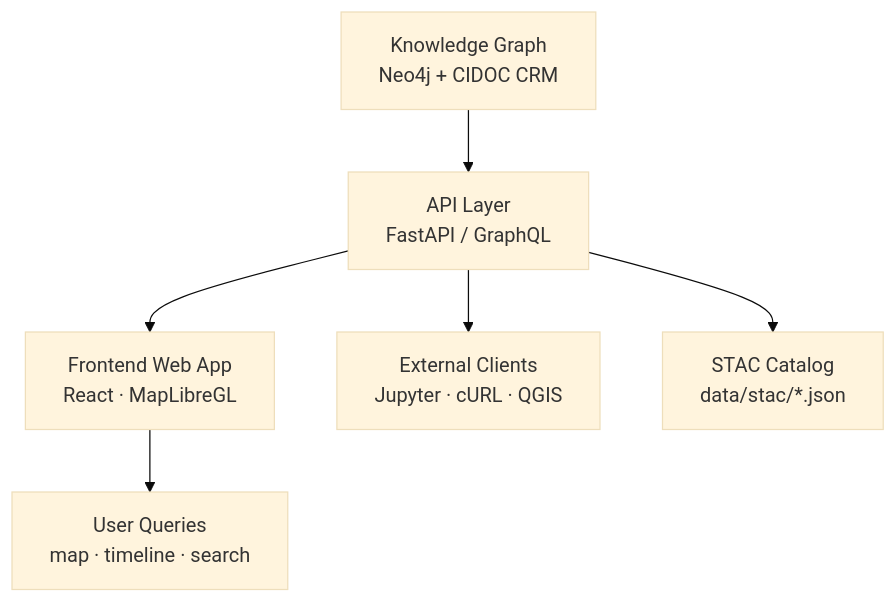
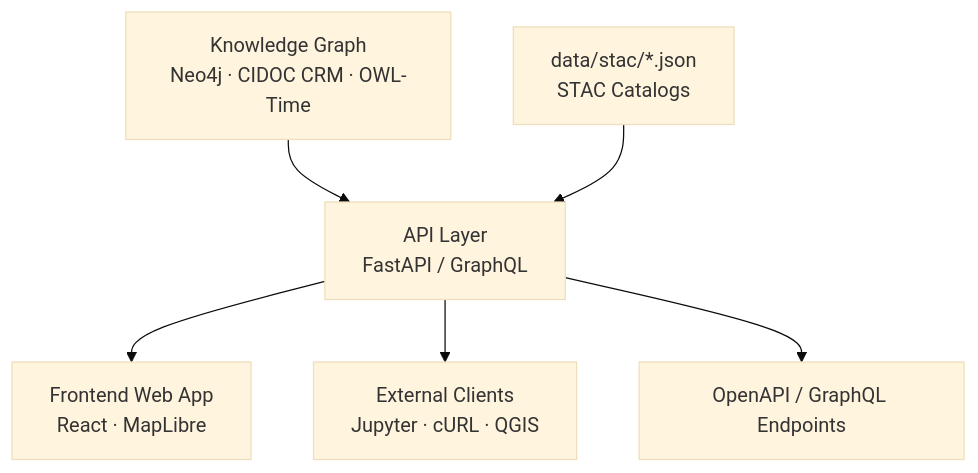
Before and after one commit to bartytime4life/Kansas-Frontier-Matrix: the diagram in src/api/README.md, drawn with Mermaid (base theme). The commit also changed other lines of this file, not shown here.

`````diff
--- a/src/api/README.md
+++ b/src/api/README.md
@@ -39,9 +56,8 @@
 ```mermaid
 flowchart TD
-    A["Knowledge Graph<br/>Neo4j + CIDOC CRM"]
-      --> B["API Layer<br/>FastAPI / GraphQL"]
-      --> C["Frontend Web App<br/>React · MapLibreGL"]
-      --> D["User Queries<br/>map · timeline · search"]
+    A["Knowledge Graph<br/>Neo4j · CIDOC CRM · OWL-Time"] --> B["API Layer<br/>FastAPI / GraphQL"]
+    C["data/stac/*.json<br/>STAC Catalogs"] --> B
+    B --> D["Frontend Web App<br/>React · MapLibre"]
     B --> E["External Clients<br/>Jupyter · cURL · QGIS"]
-    B --> F["STAC Catalog<br/>data/stac/*.json"]
-````
+    B --> F["OpenAPI / GraphQL Endpoints"]
+```
`````
